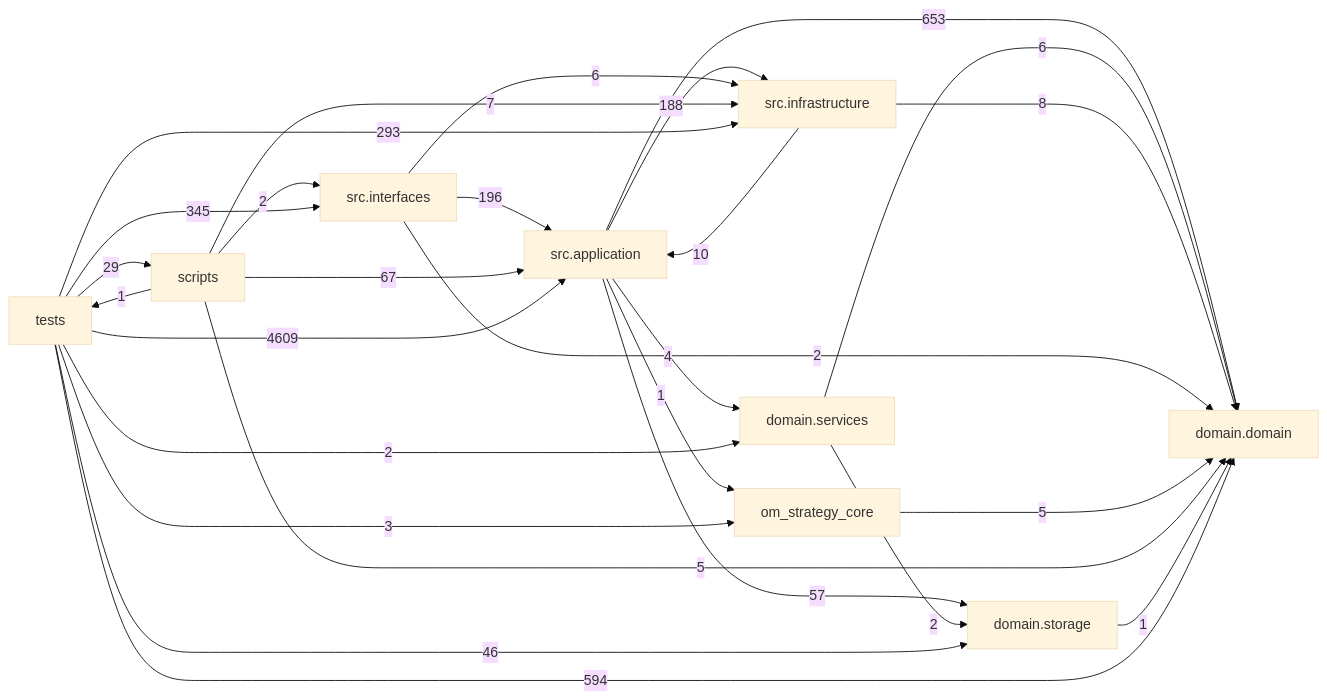
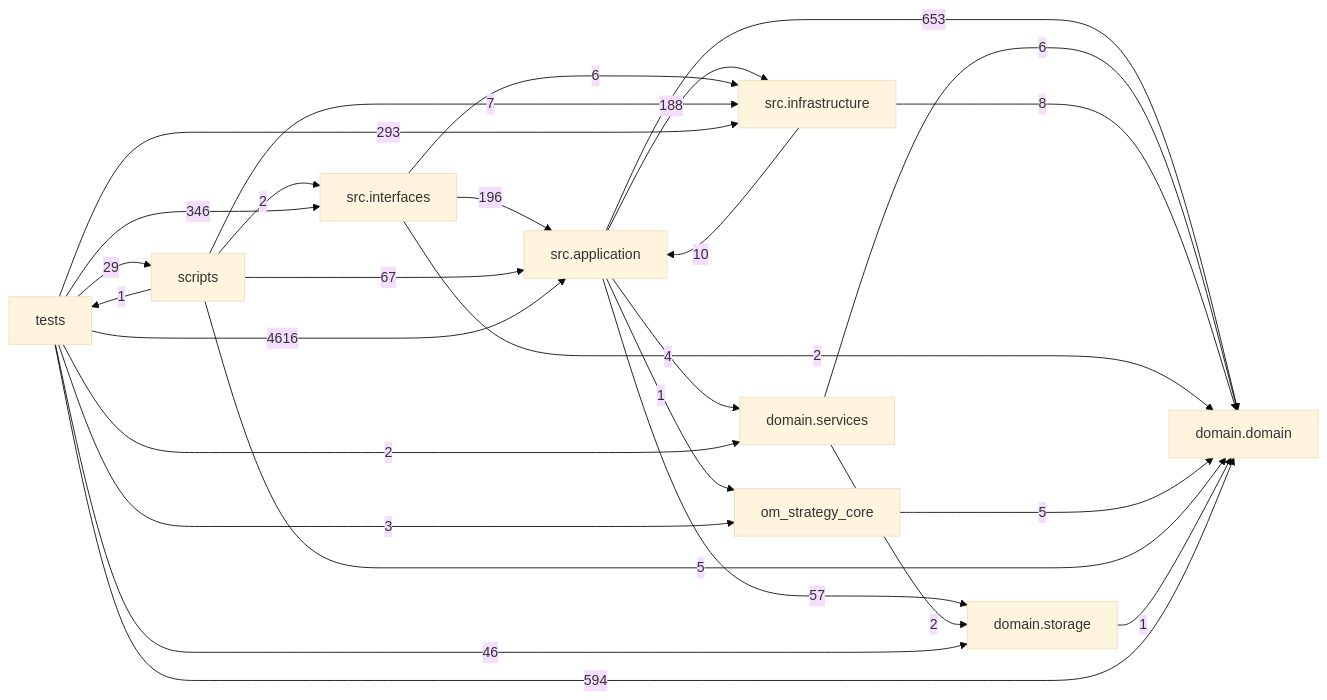
Before and after one commit to liuxie066/options-monitor: the diagram in docs/DEPENDENCY_GRAPH.md, drawn with Mermaid (base theme). The commit also changed other lines of this file and 4 other files, not shown here.

````diff
--- a/docs/DEPENDENCY_GRAPH.md
+++ b/docs/DEPENDENCY_GRAPH.md
@@ -24,38 +24,38 @@
 ```mermaid
 flowchart LR
   tests["tests"]
   scripts["scripts"]
   interfaces["src.interfaces"]
   application["src.application"]
   infrastructure["src.infrastructure"]
   domain_services["domain.services"]
   domain["domain.domain"]
   storage["domain.storage"]
   application -->|653| domain
   application -->|4| domain_services
   application -->|188| infrastructure
   application -->|1| om_strategy_core
   application -->|57| storage
   domain_services -->|6| domain
   domain_services -->|2| storage
   infrastructure -->|10| application
   infrastructure -->|8| domain
   interfaces -->|196| application
   interfaces -->|2| domain
   interfaces -->|6| infrastructure
   om_strategy_core -->|5| domain
   scripts -->|67| application
   scripts -->|5| domain
   scripts -->|7| infrastructure
   scripts -->|2| interfaces
   scripts -->|1| tests
   storage -->|1| domain
-  tests -->|4609| application
+  tests -->|4616| application
   tests -->|594| domain
   tests -->|2| domain_services
   tests -->|293| infrastructure
-  tests -->|345| interfaces
+  tests -->|346| interfaces
   tests -->|3| om_strategy_core
   tests -->|29| scripts
   tests -->|46| storage
 ```
````
